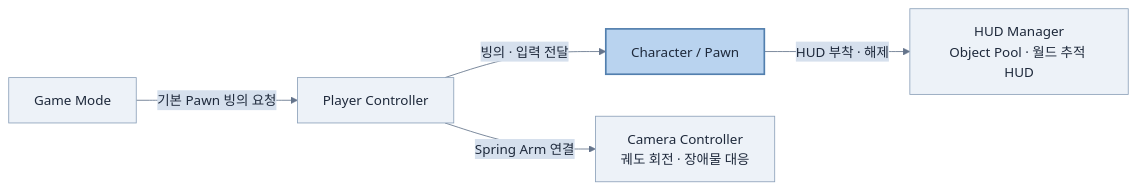
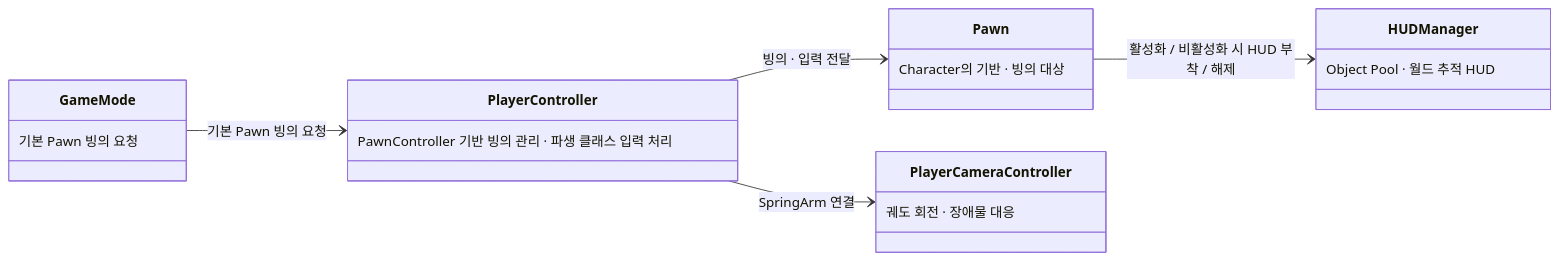
Before and after one commit to MDJ0126/FrameworkForUnity: the second of 3 diagrams in README.md, drawn with Mermaid. The commit also changed other lines of this file, not shown here.

````diff
--- a/README.md
+++ b/README.md
@@ -73,42 +78,33 @@
 ```mermaid
 ---
 config:
-  theme: base
-  themeVariables:
-    background: "#b8c7d9"
-    primaryColor: "#edf2f8"
-    primaryTextColor: "#1e293b"
-    primaryBorderColor: "#94a3b8"
-    lineColor: "#64748b"
-    secondaryColor: "#d6e0ed"
-    tertiaryColor: "#d6e0ed"
-    clusterBkg: "#d6e0ed"
-    clusterBorder: "#8da2ba"
-    titleColor: "#334155"
-    edgeLabelBackground: "#d6e0ed"
-  themeCSS: |
-    a, a:link, a:visited, a:hover, a:active, a:focus, a *,
-    .node a, .node a:link, .node a:visited, .node a:hover,
-    .node .nodeLabel, .node .nodeLabel *, .node text {
-      color: #1e293b !important;
-      fill: #1e293b !important;
-      text-decoration: none !important;
-      text-decoration-line: none !important;
+  class:
+    hideEmptyMembersBox: true
+---
+classDiagram
+    direction LR
+    GameMode --> PlayerController : 기본 Pawn 빙의 요청
+    PlayerController --> Pawn : 빙의 · 입력 전달
+    PlayerController --> PlayerCameraController : SpringArm 연결
+    Pawn --> HUDManager : 활성화 / 비활성화 시 HUD 부착 / 해제
+    class GameMode {
+        기본 Pawn 빙의 요청
     }
----
-flowchart LR
-    GameMode[Game Mode] -->|기본 Pawn 빙의 요청| Controller[Player Controller]
-    Controller -->|빙의 · 입력 전달| Character[Character / Pawn]
-    Controller -->|Spring Arm 연결| Camera["Camera Controller<br/>궤도 회전 · 장애물 대응"]
-    Character -->|HUD 부착 · 해제| HUD["HUD Manager<br/>Object Pool · 월드 추적 HUD"]
-
-    classDef default fill:#edf2f8,stroke:#8da2ba,color:#1e293b
-    classDef focus fill:#b9d3ef,stroke:#527fae,color:#1e293b,stroke-width:2px
-    class Character focus
-
+    class PlayerController {
+        PawnController 기반 빙의 관리 · 파생 클래스 입력 처리
+    }
+    class Pawn {
+        Character의 기반 · 빙의 대상
+    }
+    class PlayerCameraController {
+        궤도 회전 · 장애물 대응
+    }
+    class HUDManager {
+        Object Pool · 월드 추적 HUD
+    }
     click GameMode href "https://github.com/MDJ0126/SampleProjectForUnity/blob/main/Assets/Scripts/Management/GameMode.cs" "GameMode.cs 열기" _blank
-    click Controller href "https://github.com/MDJ0126/SampleProjectForUnity/blob/main/Assets/Scripts/InGame/Object/PlayerController.cs" "PlayerController.cs 열기" _blank
-    click Character href "https://github.com/MDJ0126/SampleProjectForUnity/blob/main/Assets/Scripts/InGame/Object/Pawn/Character/Character.cs" "Character.cs 열기" _blank
-    click Camera href "https://github.com/MDJ0126/SampleProjectForUnity/blob/main/Assets/Scripts/Common/PlayerCameraController.cs" "PlayerCameraController.cs 열기" _blank
-    click HUD href "https://github.com/MDJ0126/SampleProjectForUnity/blob/main/Assets/Scripts/UI/HUD/HUDManager.cs" "HUDManager.cs 열기" _blank
+    click PlayerController href "https://github.com/MDJ0126/SampleProjectForUnity/blob/main/Assets/Scripts/InGame/Object/PlayerController.cs" "PlayerController.cs 열기" _blank
+    click Pawn href "https://github.com/MDJ0126/SampleProjectForUnity/blob/main/Assets/Scripts/InGame/Object/Pawn/Character/Character.cs" "Character.cs 열기" _blank
+    click PlayerCameraController href "https://github.com/MDJ0126/SampleProjectForUnity/blob/main/Assets/Scripts/Common/PlayerCameraController.cs" "PlayerCameraController.cs 열기" _blank
+    click HUDManager href "https://github.com/MDJ0126/SampleProjectForUnity/blob/main/Assets/Scripts/UI/HUD/HUDManager.cs" "HUDManager.cs 열기" _blank
 ```
````
